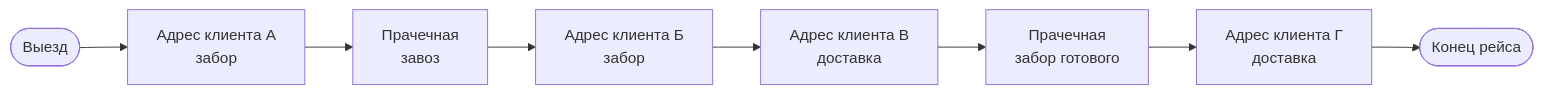
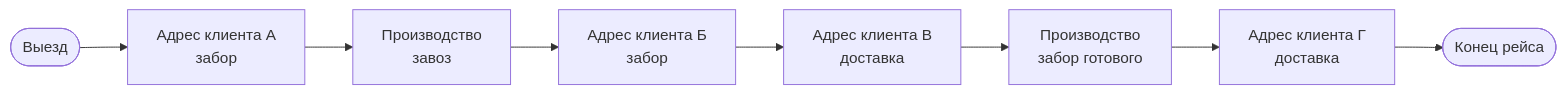
One commit to dmitry30/PROFLAUNDRY changed the first of 2 diagrams in docs/business/logistics.md. Above: the diagram before and after it, drawn with Mermaid. The commit also changed other lines of this file and 5 other files, not shown here.

````diff
--- a/docs/business/logistics.md
+++ b/docs/business/logistics.md
@@ -67,10 +67,10 @@
 ```mermaid
 flowchart LR
     START([Выезд]) --> A1[Адрес клиента А\nзабор]
-    A1 --> B1[Прачечная\nзавоз]
+    A1 --> B1[Производство\nзавоз]
     B1 --> A2[Адрес клиента Б\nзабор]
     A2 --> A3[Адрес клиента В\nдоставка]
-    A3 --> B2[Прачечная\nзабор готового]
+    A3 --> B2[Производство\nзабор готового]
     B2 --> A4[Адрес клиента Г\nдоставка]
     A4 --> END([Конец рейса])
 ```
````
